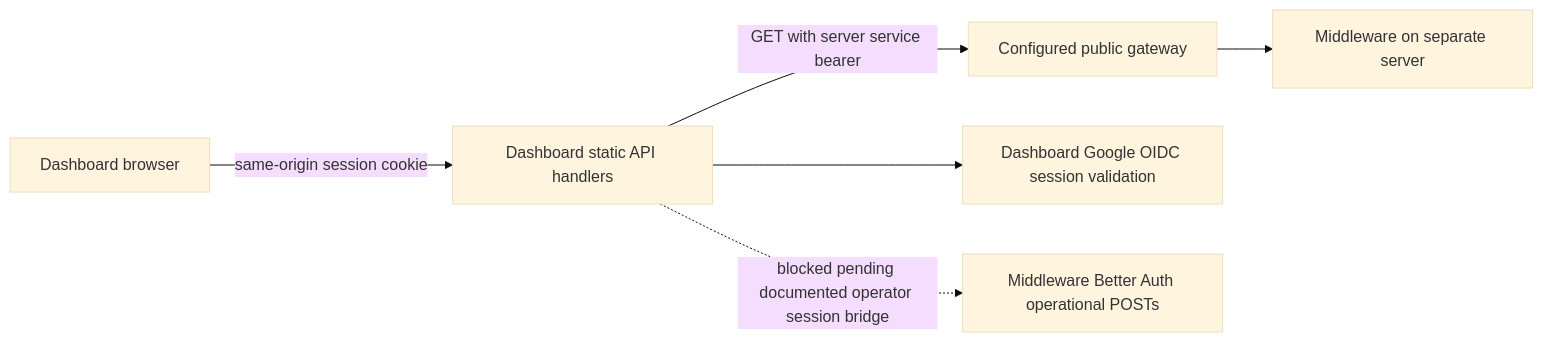
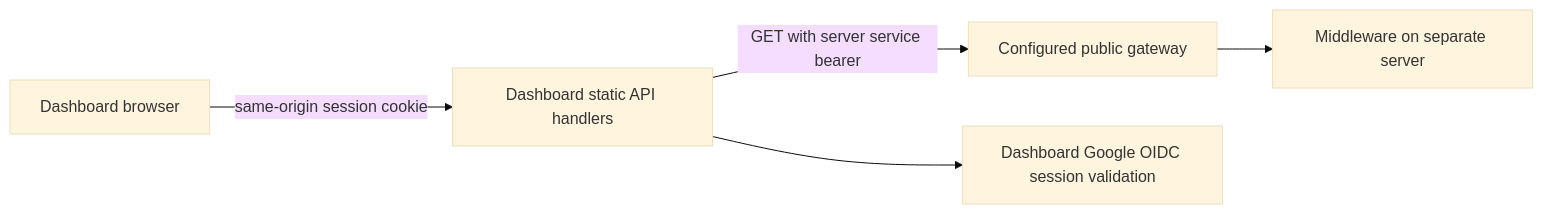
One commit to mcwachira/zoho-armco-dashboard changed the diagram in docs/ARCHITECTURE.md. Above: the diagram before and after it, drawn with Mermaid (base theme). The commit also changed other lines of this file and 78 other files, not shown here.

````diff
--- a/docs/ARCHITECTURE.md
+++ b/docs/ARCHITECTURE.md
@@ -8,8 +8,7 @@
 ```mermaid
 flowchart LR
   Browser[Dashboard browser] -->|same-origin session cookie| API[Dashboard static API handlers]
   API -->|GET with server service bearer| Gateway[Configured public gateway]
   Gateway --> Middleware[Middleware on separate server]
   API --> Auth[Dashboard Google OIDC session validation]
-  API -. blocked pending documented operator session bridge .-> Actions[Middleware Better Auth operational POSTs]
 ```
````
